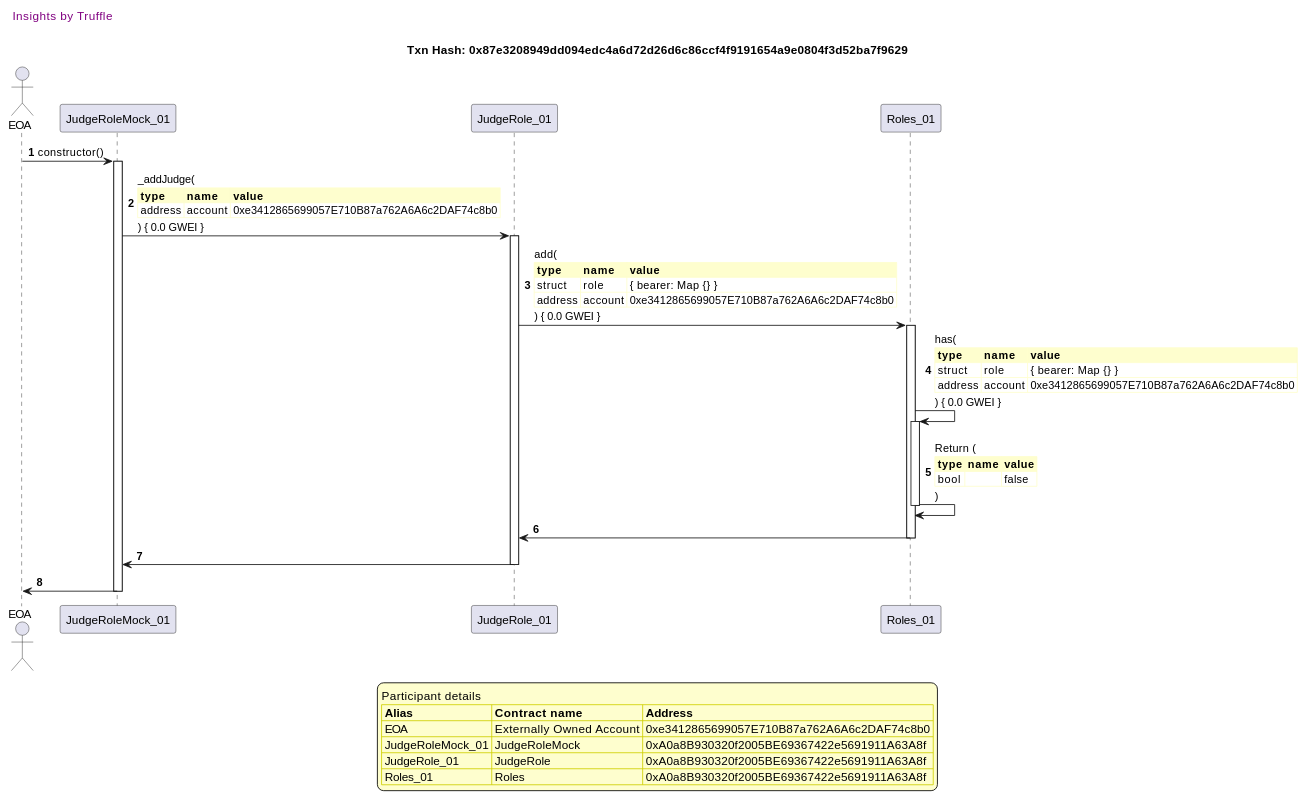
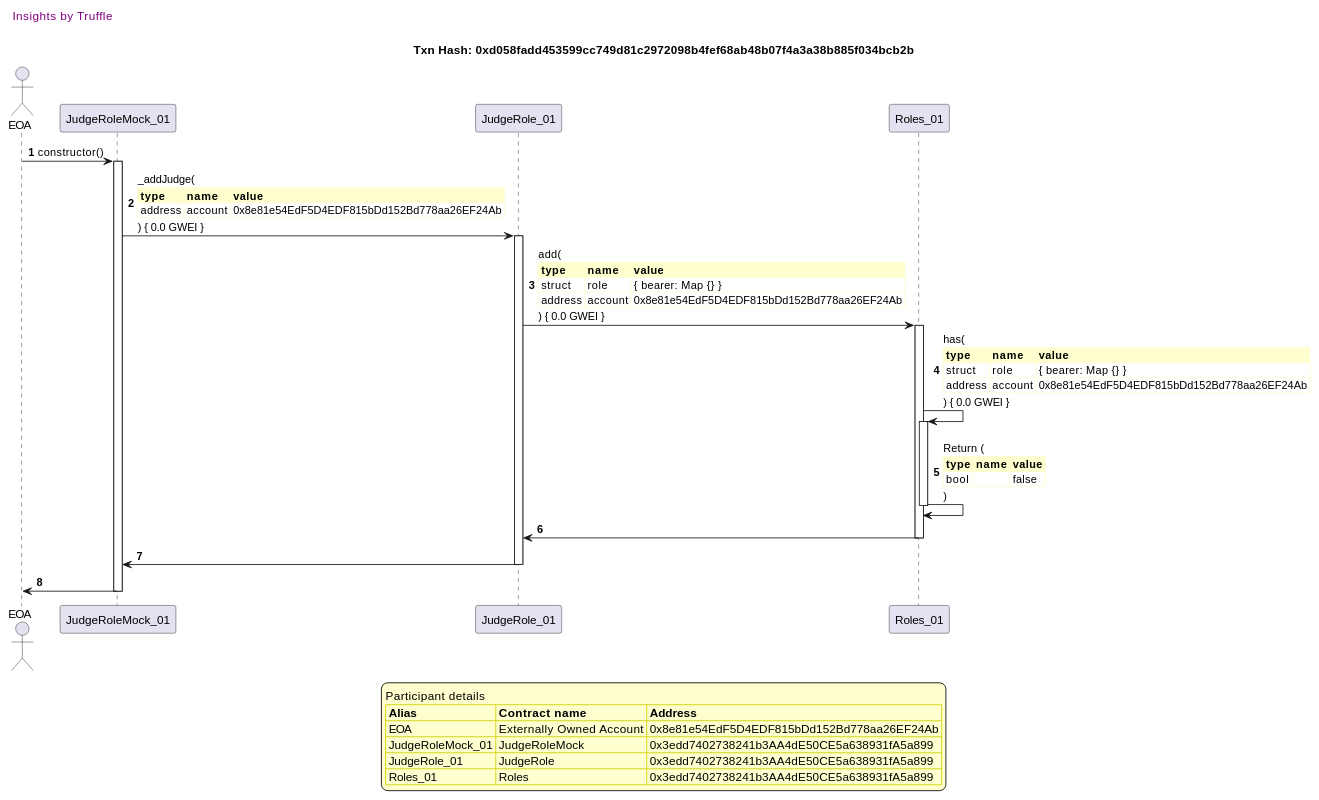
One commit to fodisi/hackapay changed the first of 41 diagrams in truffle-seq/roles_judgerole.md. Above: the diagram before and after it, drawn with PlantUML. The commit also changed other lines of this file and 10 other files, not shown here.

````diff
--- a/truffle-seq/roles_judgerole.md
+++ b/truffle-seq/roles_judgerole.md
@@ -13,61 +13,61 @@
 ```plantuml
 
 
 @startuml
 
 autonumber
 skinparam legendBackgroundColor #FEFECE
 
 <style>
       header {
         HorizontalAlignment left
         FontColor purple
         FontSize 14
         Padding 10
       }
     </style>
 
 header Insights by Truffle
 
-title Txn Hash: 0x87e3208949dd094edc4a6d72d26d6c86ccf4f9191654a9e0804f3d52ba7f9629
+title Txn Hash: 0xd058fadd453599cc749d81c2972098b4fef68ab48b07f4a3a38b885f034bcb2b
 
 
 actor EOA as "EOA"
 participant JudgeRoleMock_01 as "JudgeRoleMock_01"
 participant JudgeRole_01 as "JudgeRole_01"
 participant Roles_01 as "Roles_01"
 
 "EOA" -> "JudgeRoleMock_01" ++: constructor()
 "JudgeRoleMock_01" -> "JudgeRole_01" ++: _addJudge(\n\
 <#FEFECE,#FEFECE>|= type |= name |= value |\n\
-| address | account | 0xe3412865699057E710B87a762A6A6c2DAF74c8b0 |\n\
+| address | account | 0x8e81e54EdF5D4EDF815bDd152Bd778aa26EF24Ab |\n\
 ) { 0.0 GWEI }
 "JudgeRole_01" -> "Roles_01" ++: add(\n\
 <#FEFECE,#FEFECE>|= type |= name |= value |\n\
 | struct | role | { bearer: Map {} } |\n\
-| address | account | 0xe3412865699057E710B87a762A6A6c2DAF74c8b0 |\n\
+| address | account | 0x8e81e54EdF5D4EDF815bDd152Bd778aa26EF24Ab |\n\
 ) { 0.0 GWEI }
 "Roles_01" -> "Roles_01" ++: has(\n\
 <#FEFECE,#FEFECE>|= type |= name |= value |\n\
 | struct | role | { bearer: Map {} } |\n\
-| address | account | 0xe3412865699057E710B87a762A6A6c2DAF74c8b0 |\n\
+| address | account | 0x8e81e54EdF5D4EDF815bDd152Bd778aa26EF24Ab |\n\
 ) { 0.0 GWEI }
 "Roles_01" -> "Roles_01" --: Return (\n\
 <#FEFECE,#FEFECE>|= type |= name |= value |\n\
 | bool |  | false |\n\
 )
 "Roles_01" -> "JudgeRole_01" --: 
 "JudgeRole_01" -> "JudgeRoleMock_01" --: 
 "JudgeRoleMock_01" -> "EOA" --: 
 
 legend
 Participant details
 <#FEFECE,#D0D000>|= Alias |= Contract name |= Address |
-<#FEFECE>| EOA | Externally Owned Account | 0xe3412865699057E710B87a762A6A6c2DAF74c8b0 |
-<#FEFECE>| JudgeRoleMock_01 | JudgeRoleMock | 0xA0a8B930320f2005BE69367422e5691911A63A8f |
-<#FEFECE>| JudgeRole_01 | JudgeRole | 0xA0a8B930320f2005BE69367422e5691911A63A8f |
-<#FEFECE>| Roles_01 | Roles | 0xA0a8B930320f2005BE69367422e5691911A63A8f |
+<#FEFECE>| EOA | Externally Owned Account | 0x8e81e54EdF5D4EDF815bDd152Bd778aa26EF24Ab |
+<#FEFECE>| JudgeRoleMock_01 | JudgeRoleMock | 0x3edd7402738241b3AA4dE50CE5a638931fA5a899 |
+<#FEFECE>| JudgeRole_01 | JudgeRole | 0x3edd7402738241b3AA4dE50CE5a638931fA5a899 |
+<#FEFECE>| Roles_01 | Roles | 0x3edd7402738241b3AA4dE50CE5a638931fA5a899 |
 endlegend
 
 @enduml
 ```
````
